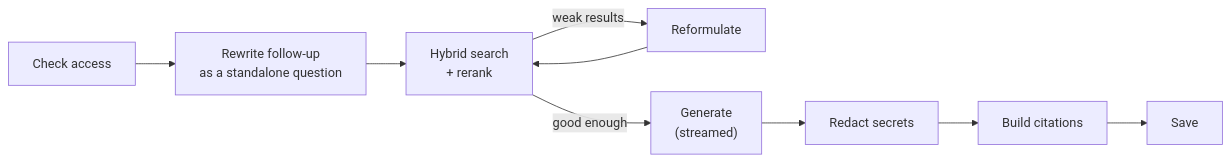
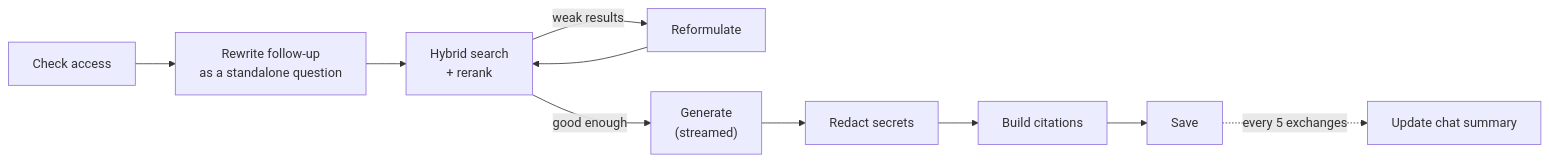
The second of 2 diagrams in README.md (pavankumarbattineni/Trench), drawn with Mermaid before and after one commit. The commit also changed other lines of this file and 5 other files, not shown here.

First line of the commit message:
feat(chat): rolling conversation summary every 5 exchanges

````diff
--- a/README.md
+++ b/README.md
@@ -66,8 +66,9 @@
 ```mermaid
 flowchart LR
     A[Check access] --> B["Rewrite follow-up<br/>as a standalone question"]
     B --> C["Hybrid search<br/>+ rerank"]
     C -->|weak results| D[Reformulate] --> C
     C -->|good enough| E["Generate<br/>(streamed)"]
     E --> F[Redact secrets] --> G[Build citations] --> H[Save]
+    H -.->|every 5 exchanges| I[Update chat summary]
 ```
````
